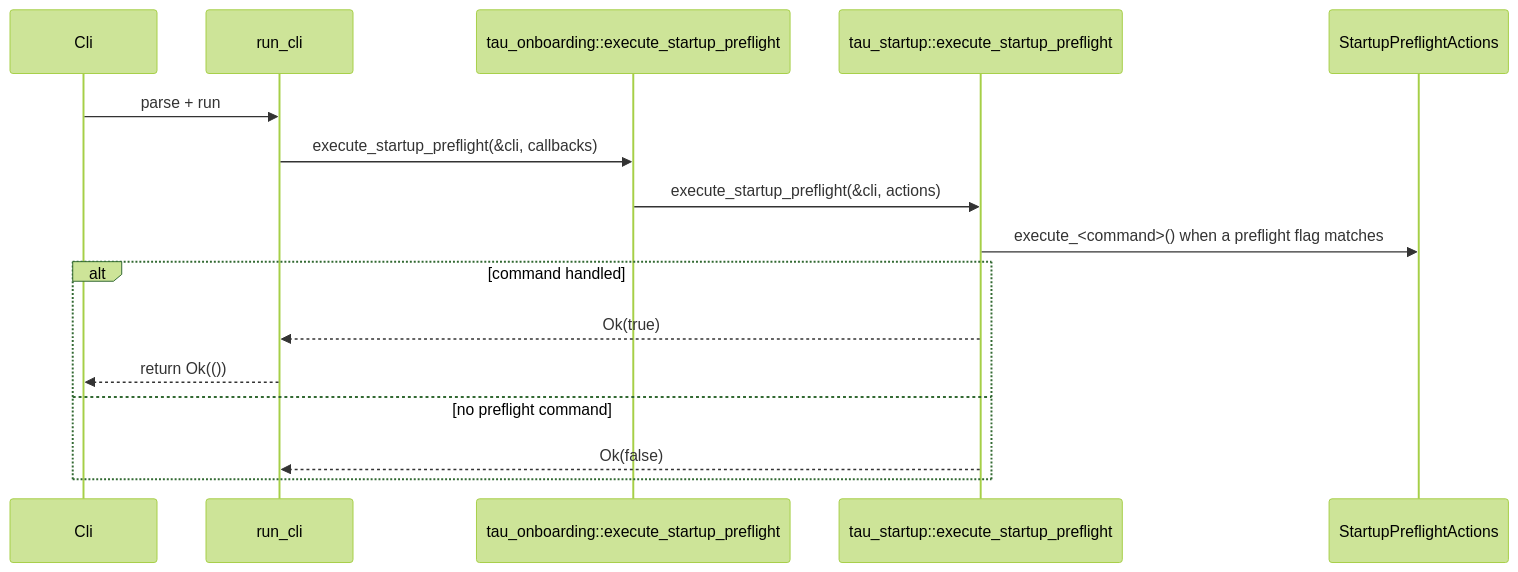
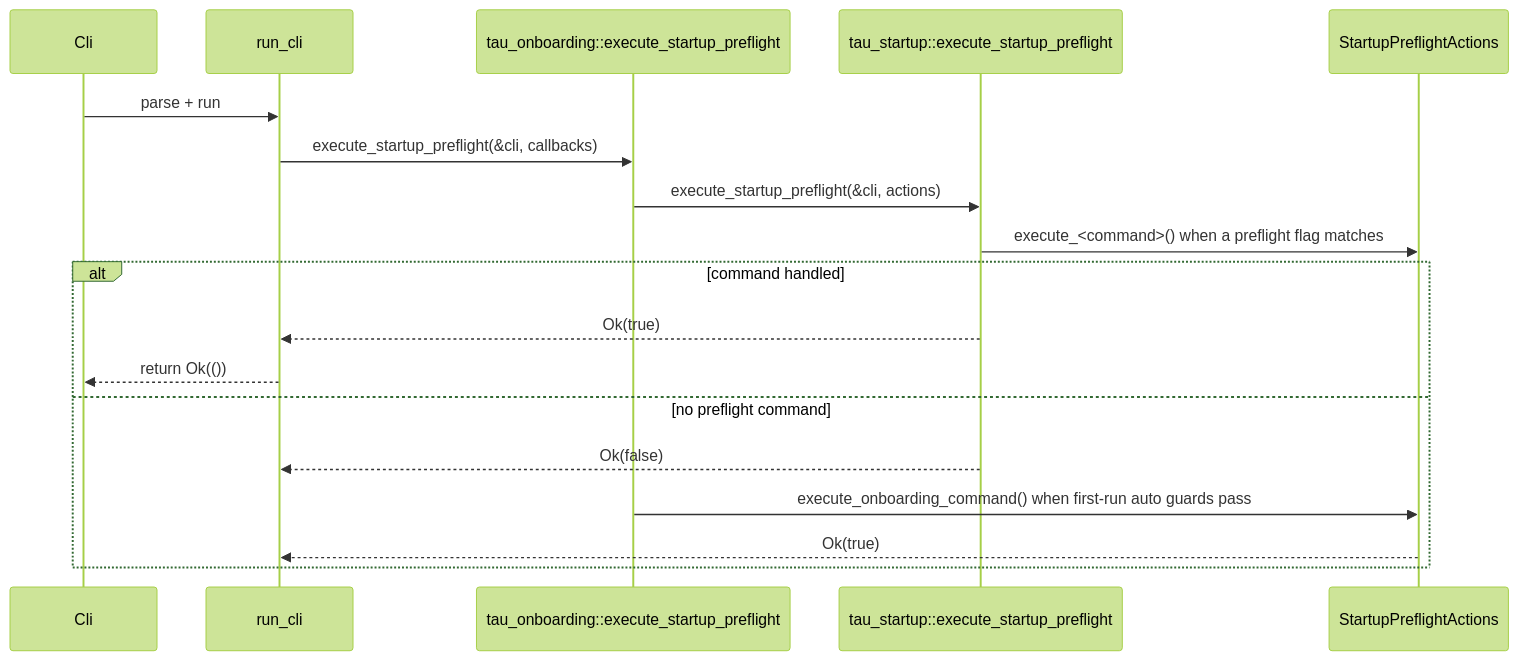
One commit to njfio/rsBot changed the first of 3 diagrams in docs/guides/startup-di-pipeline.md. Above: the diagram before and after it, drawn with Mermaid (forest theme). The commit also changed other lines of this file and 7 other files, not shown here.

Commit message:
feat(onboarding): implement first-run wizard flow and safe persistence (#1471)

````diff
--- a/docs/guides/startup-di-pipeline.md
+++ b/docs/guides/startup-di-pipeline.md
@@ -27,19 +36,21 @@
 ```mermaid
 sequenceDiagram
     participant CLI as Cli
     participant Entry as run_cli
     participant Onboarding as tau_onboarding::execute_startup_preflight
     participant Startup as tau_startup::execute_startup_preflight
     participant Actions as StartupPreflightActions
 
     CLI->>Entry: parse + run
     Entry->>Onboarding: execute_startup_preflight(&cli, callbacks)
     Onboarding->>Startup: execute_startup_preflight(&cli, actions)
     Startup->>Actions: execute_<command>() when a preflight flag matches
     alt command handled
         Startup-->>Entry: Ok(true)
         Entry-->>CLI: return Ok(())
     else no preflight command
         Startup-->>Entry: Ok(false)
+        Onboarding->>Actions: execute_onboarding_command() when first-run auto guards pass
+        Actions-->>Entry: Ok(true)
     end
 ```
````
